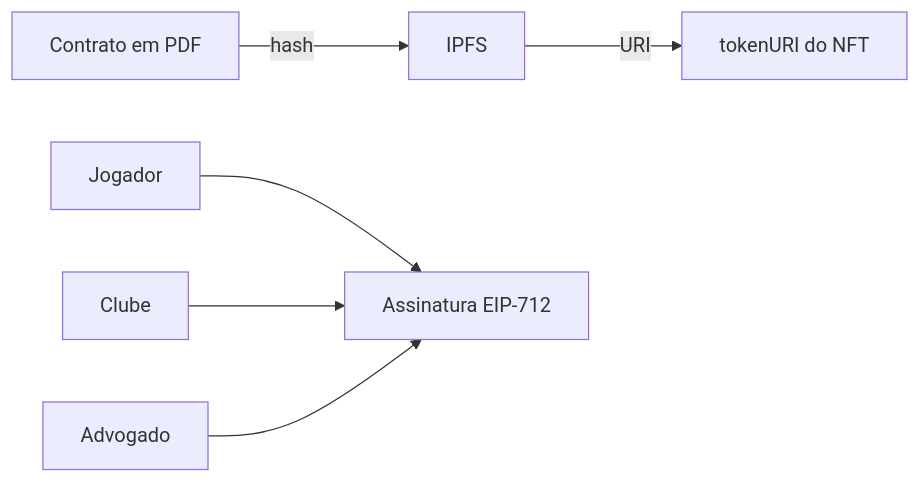
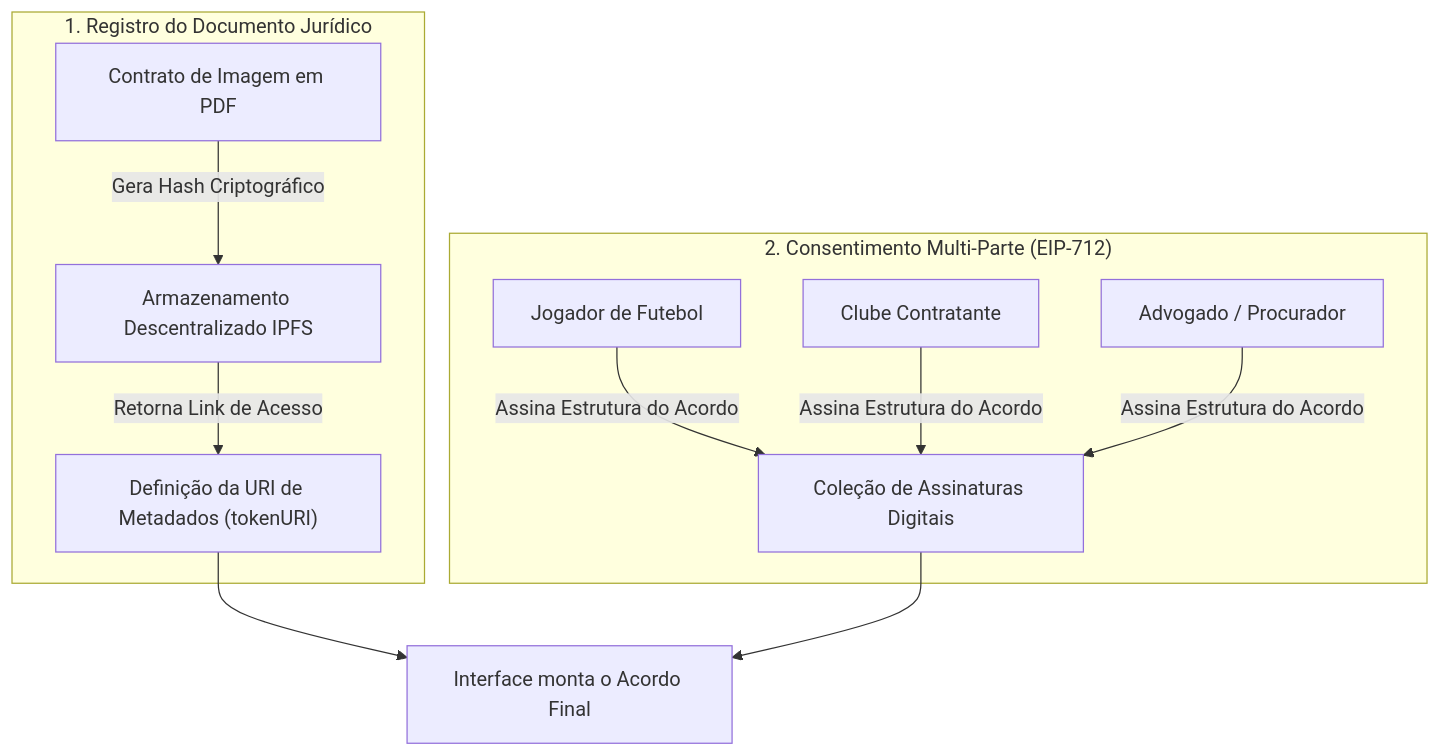
Before and after one commit to wnccys/ePass: the first of 2 diagrams in README.md, drawn with Mermaid. The commit also changed other lines of this file and 1 other file, not shown here.

````diff
--- a/README.md
+++ b/README.md
@@ -53,8 +55,16 @@
 ```mermaid
-flowchart LR
-    A[Contrato em PDF] -->|hash| B[IPFS]
-    B -->|URI| C[tokenURI do NFT]
-    D[Jogador] --> E[Assinatura EIP-712]
-    F[Clube] --> E
-    G[Advogado] --> E
+flowchart TD
+    subgraph Documento["1. Registro do Documento Jurídico"]
+        A[Contrato de Imagem em PDF] -->|Gera Hash Criptográfico| B[Armazenamento Descentralizado IPFS]
+        B -->|Retorna Link de Acesso| C["Definição da URI de Metadados (tokenURI)"]
+    end
+
+    subgraph Assinaturas["2. Consentimento Multi-Parte (EIP-712)"]
+        D[Jogador de Futebol] -->|Assina Estrutura do Acordo| G[Coleção de Assinaturas Digitais]
+        E[Clube Contratante] -->|Assina Estrutura do Acordo| G
+        F[Advogado / Procurador] -->|Assina Estrutura do Acordo| G
+    end
+
+    C --> H[Interface monta o Acordo Final]
+    G --> H
 ```
````
